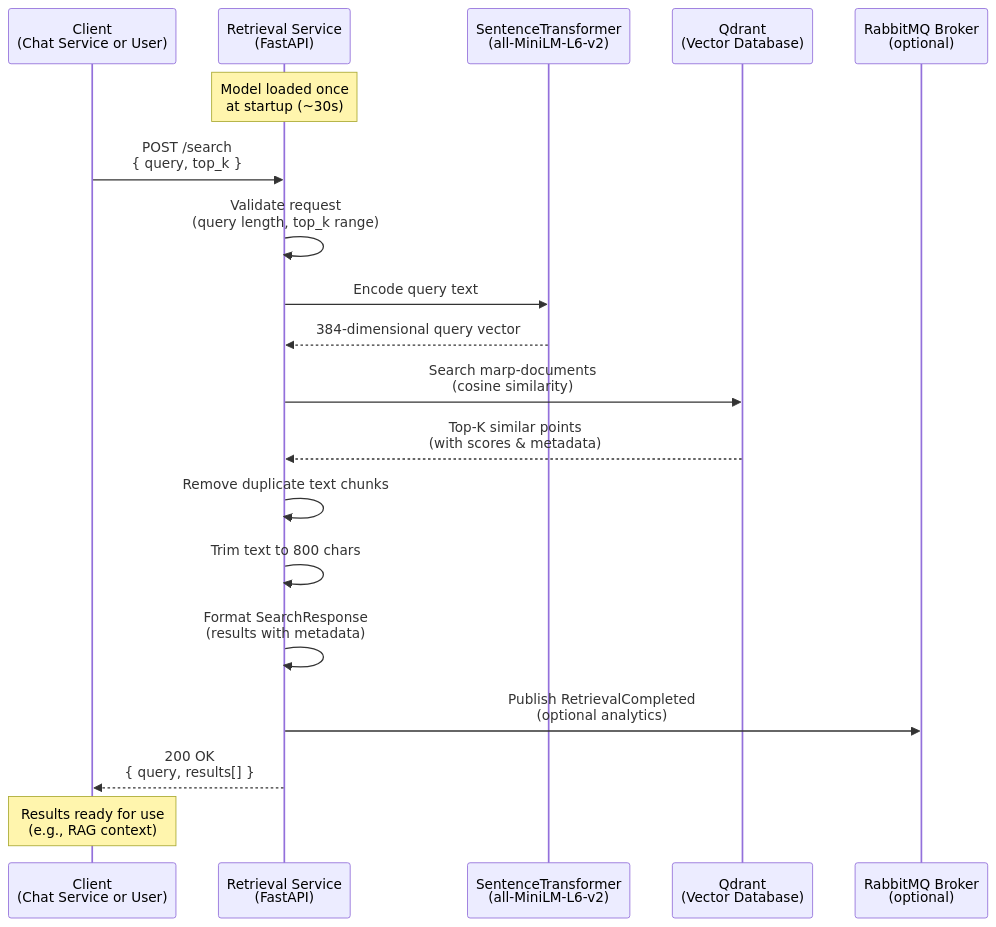
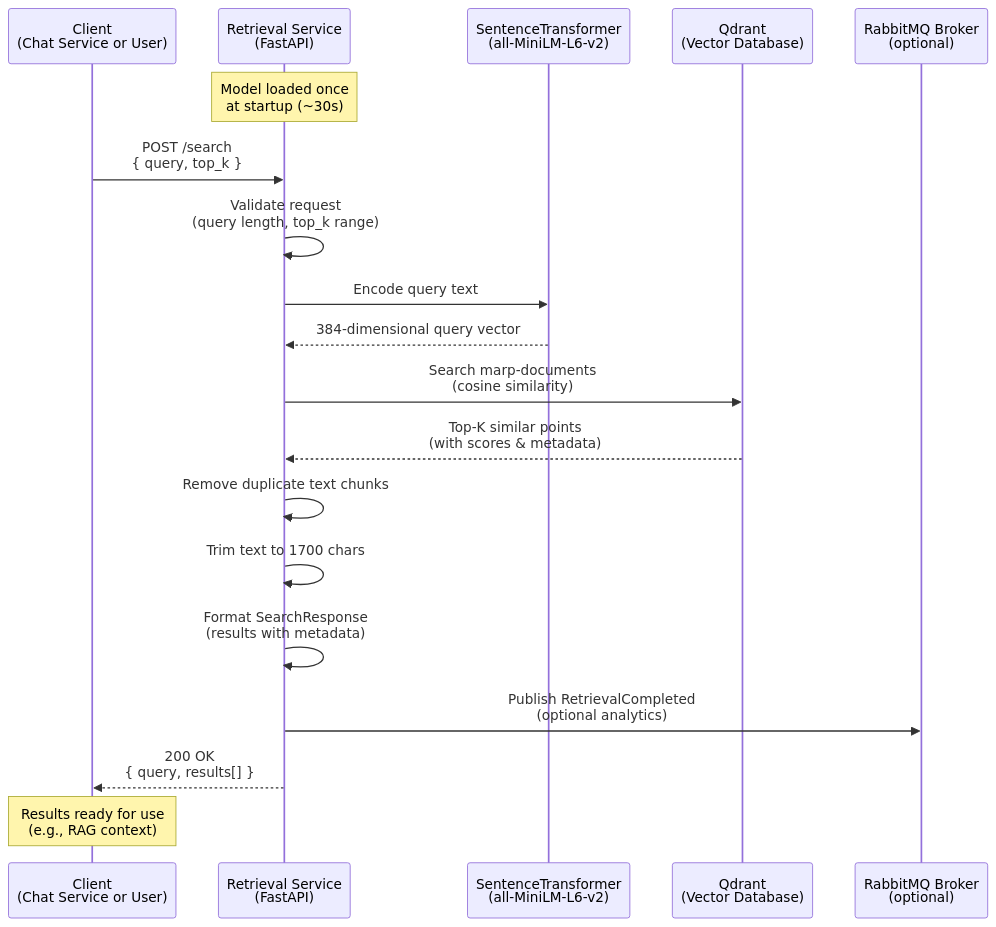
Before and after one commit to Th30utcast/MARP-Guide-AI: the diagram in docs/services/Retrieval/Retrieval_pipeline.md, drawn with Mermaid. The commit also changed other lines of this file and 12 other files, not shown here.

````diff
--- a/docs/services/Retrieval/Retrieval_pipeline.md
+++ b/docs/services/Retrieval/Retrieval_pipeline.md
@@ -5,32 +5,32 @@
 ``` mermaid
 sequenceDiagram
   participant CLIENT as Client<br/>(Chat Service or User)
   participant RT as Retrieval Service<br/>(FastAPI)
   participant ST as SentenceTransformer<br/>(all-MiniLM-L6-v2)
   participant QD as Qdrant<br/>(Vector Database)
   participant BR as RabbitMQ Broker<br/>(optional)
 
   Note over RT: Model loaded once<br/>at startup (~30s)
 
   CLIENT->>RT: POST /search<br/>{ query, top_k }
 
   RT->>RT: Validate request<br/>(query length, top_k range)
 
   RT->>ST: Encode query text
   ST-->>RT: 384-dimensional query vector
 
   RT->>QD: Search marp-documents<br/>(cosine similarity)
   QD-->>RT: Top-K similar points<br/>(with scores & metadata)
 
   RT->>RT: Remove duplicate text chunks
 
-  RT->>RT: Trim text to 800 chars
+  RT->>RT: Trim text to 1700 chars
 
   RT->>RT: Format SearchResponse<br/>(results with metadata)
 
   RT->>BR: Publish RetrievalCompleted<br/>(optional analytics)
 
   RT-->>CLIENT: 200 OK<br/>{ query, results[] }
 
   Note over CLIENT: Results ready for use<br/>(e.g., RAG context)
 ```
````
